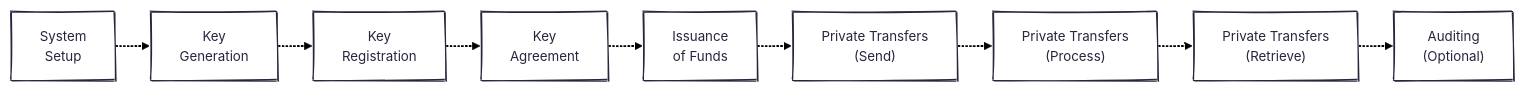
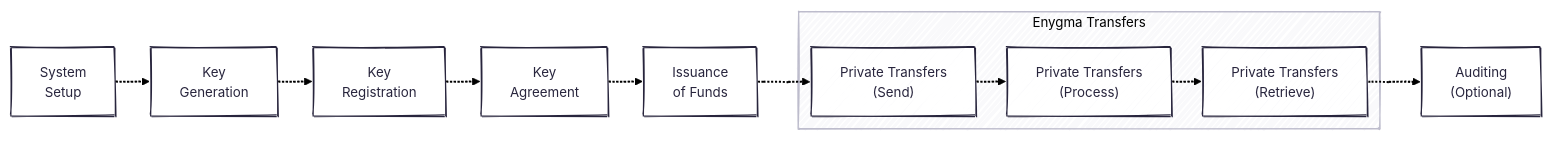
Before and after one commit to raylsnetwork/Enygma: the first of 10 diagrams in enygma_payments/protocol_description.md, drawn with Mermaid.

````diff
--- a/enygma_payments/protocol_description.md
+++ b/enygma_payments/protocol_description.md
@@ -5,23 +5,30 @@
 ```mermaid
 ---
 config:
   theme: redux
   layout: elk
   look: handDrawn
 ---
 flowchart LR
 
     setup["System<br>Setup"]
     keygen["Key<br>Generation"]
     registration["Key<br>Registration"]
     agreement["Key<br>Agreement"]
     issuance["Issuance<br>of Funds"]
+
     send_txs["Private Transfers<br>(Send)"]
     process_txs["Private Transfers<br>(Process)"]
     receive_txs["Private Transfers<br>(Retrieve)"]
     auditing["Auditing<br>(Optional)"]
 
     %% Flow Connections
-    setup -.-> keygen -.-> registration -.-> agreement -.-> issuance -.-> send_txs -.-> process_txs -.-> receive_txs -.-> auditing
+    setup -.-> keygen -.-> registration -.-> agreement -.-> issuance -.-> send_txs
+
+    subgraph Enygma Transfers
+      send_txs -.-> process_txs -.-> receive_txs
+    end
+
+    receive_txs -.-> auditing
 
 ```
````
